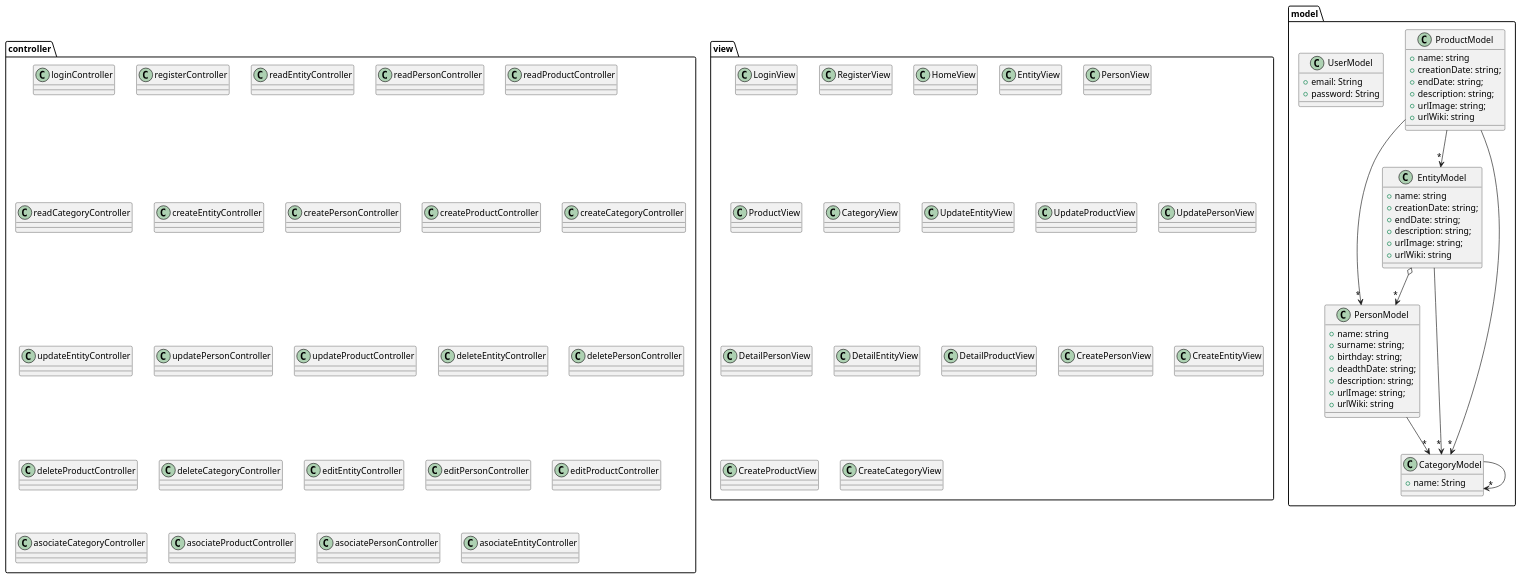
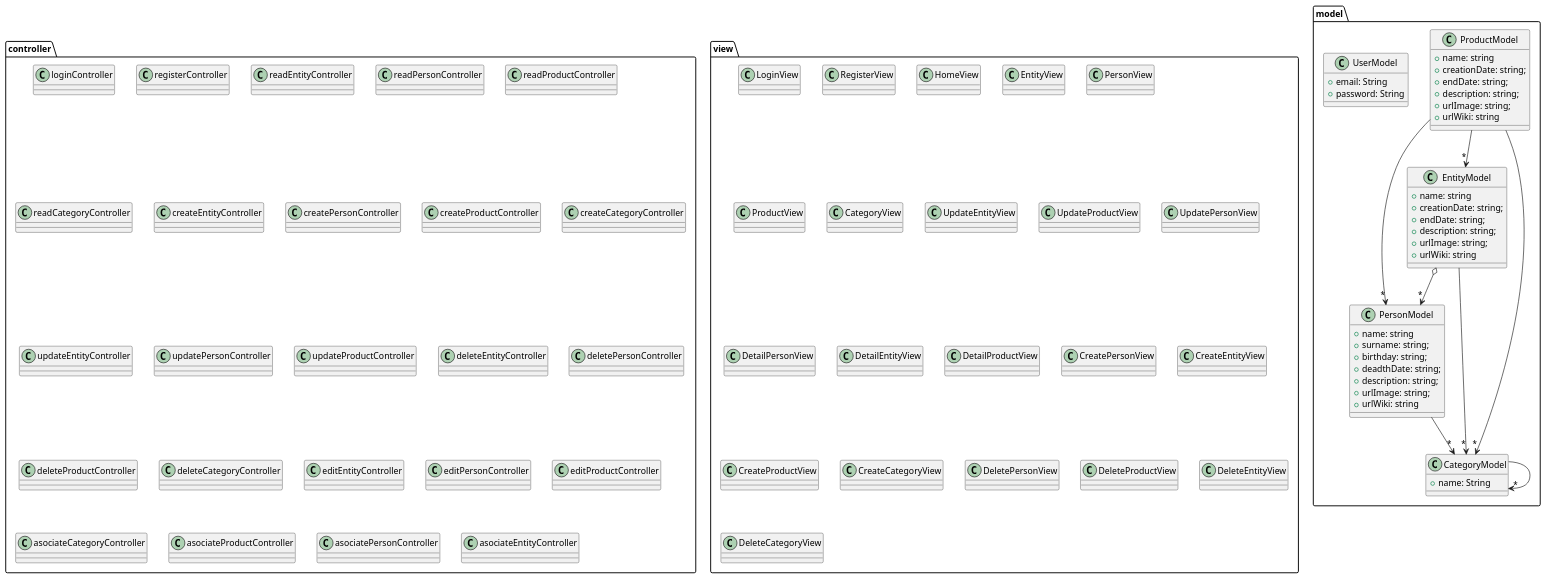
One commit to nataliacasanova/analesdelaciencia changed the seventh of 33 diagrams in index.adoc. Above: the diagram before and after it, drawn with PlantUML. The commit also changed other lines of this file and 49 other files, not shown here.

Commit message:
diagramas

```diff
--- a/index.adoc
+++ b/index.adoc
@@ -801,6 +801,10 @@
 Class CreateEntityView
 Class CreateProductView
 Class CreateCategoryView
+Class DeletePersonView
+Class DeleteProductView
+Class DeleteEntityView
+Class DeleteCategoryView
 }
 
 ....
```
